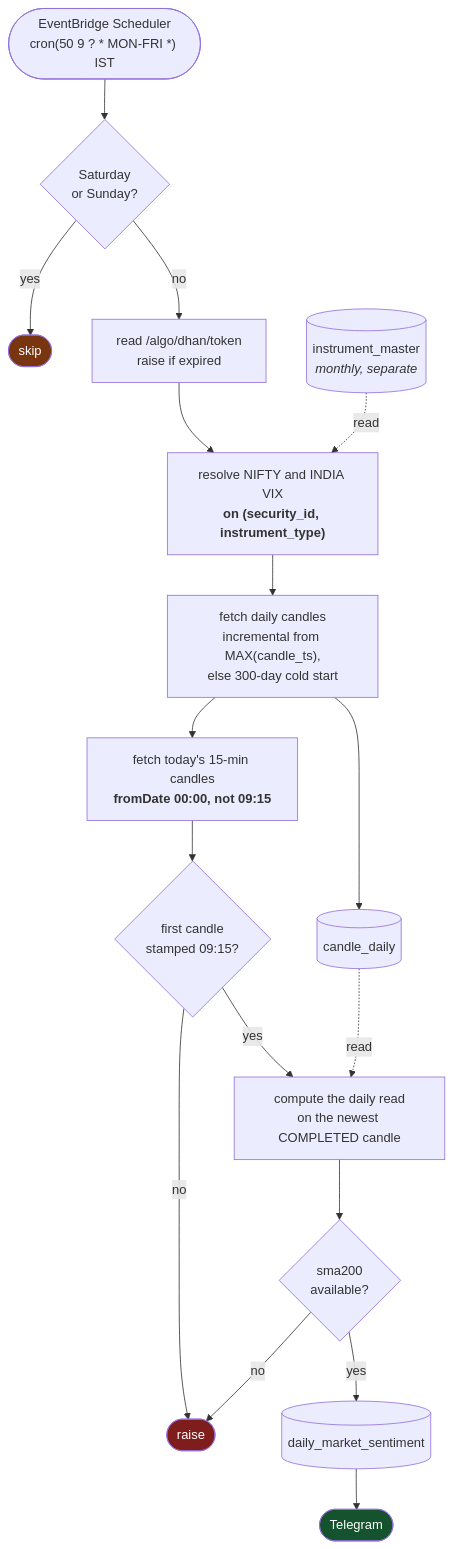
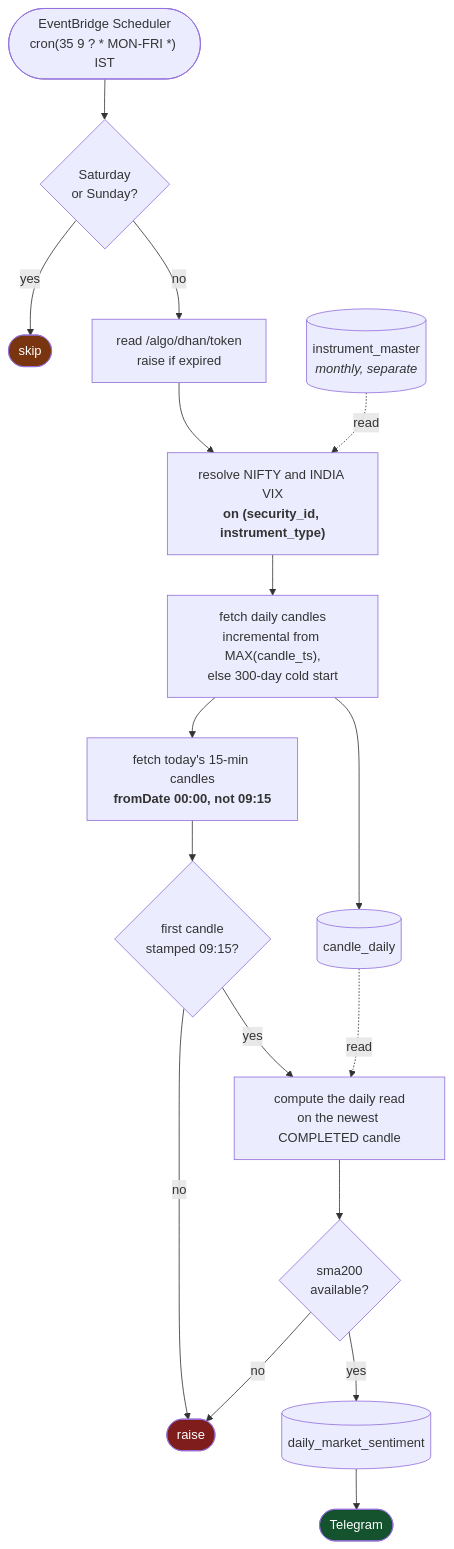
One commit to amar7585/aws-algo-claude changed the fourth of 7 diagrams in docs/flow.md. Above: the diagram before and after it, drawn with Mermaid. The commit also changed other lines of this file and 3 other files, not shown here.

````diff
--- a/docs/flow.md
+++ b/docs/flow.md
@@ -217,28 +217,28 @@
 ```mermaid
 flowchart TD
-    START(["EventBridge Scheduler<br/>cron(50 9 ? * MON-FRI *) IST"]) --> WKND{"Saturday<br/>or Sunday?"}
+    START(["EventBridge Scheduler<br/>cron(35 9 ? * MON-FRI *) IST"]) --> WKND{"Saturday<br/>or Sunday?"}
     WKND -->|yes| SKIP(["skip"])
     WKND -->|no| TOK["read /algo/dhan/token<br/>raise if expired"]
 
     TOK --> RESOLVE["resolve NIFTY and INDIA VIX<br/><b>on (security_id, instrument_type)</b>"]
     RESOLVE --> DAILY["fetch daily candles<br/>incremental from MAX(candle_ts),<br/>else 300-day cold start"]
     DAILY --> CD[("candle_daily")]
 
     DAILY --> INTRA["fetch today's 15-min candles<br/><b>fromDate 00:00, not 09:15</b>"]
     INTRA --> GUARD{"first candle<br/>stamped 09:15?"}
     GUARD -->|no| RAISE(["raise"])
     GUARD -->|yes| READ
 
     READ["compute the daily read<br/>on the newest COMPLETED candle"]
     READ --> SMA{"sma200<br/>available?"}
     SMA -->|no| RAISE
     SMA -->|yes| WRITE[("daily_market_sentiment")]
     WRITE --> TG(["Telegram"])
 
     IM[("instrument_master<br/><i>monthly, separate</i>")] -.read.-> RESOLVE
     CD -.read.-> READ
 
     style SKIP fill:#78350f,color:#fff
     style RAISE fill:#7f1d1d,color:#fff
     style TG fill:#14532d,color:#fff
 ```
````
